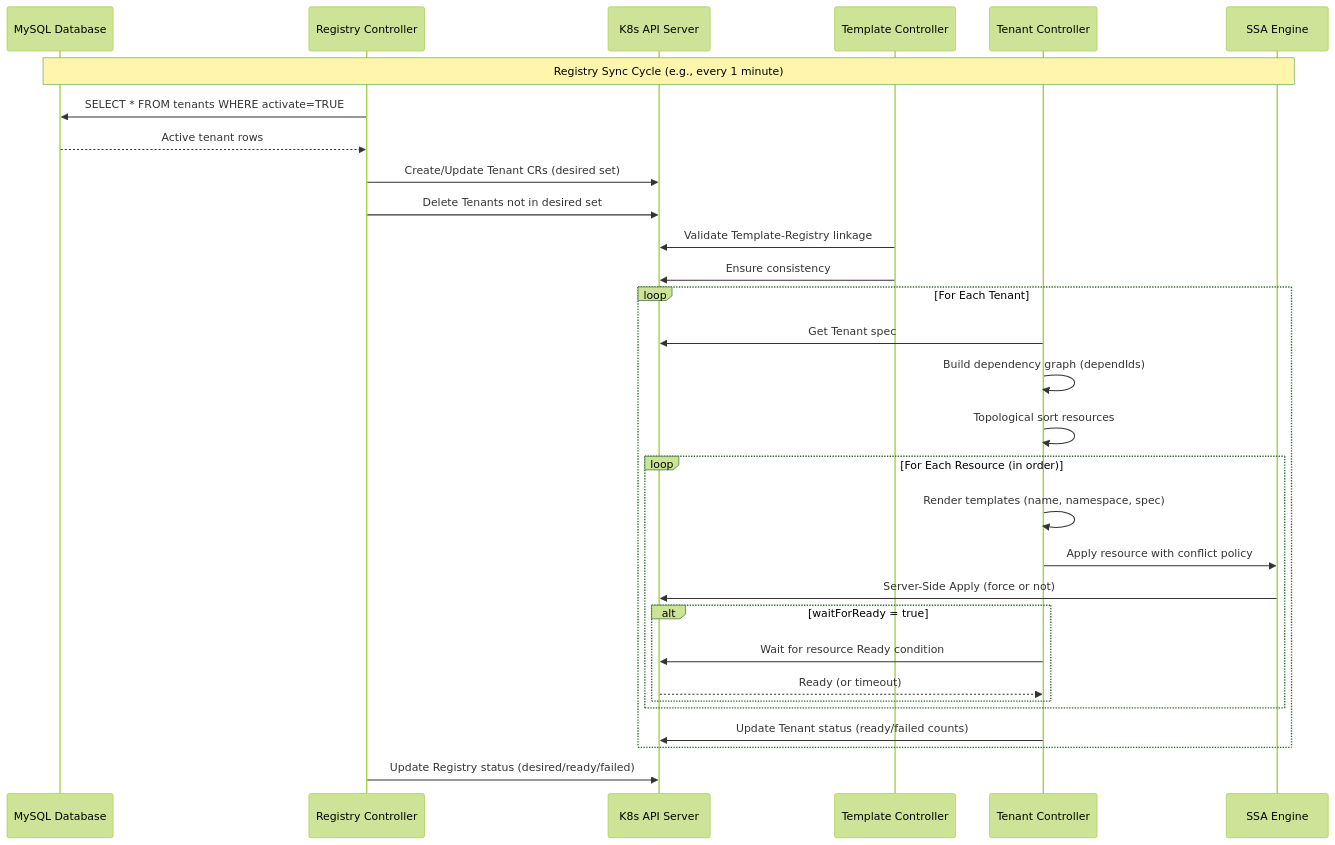
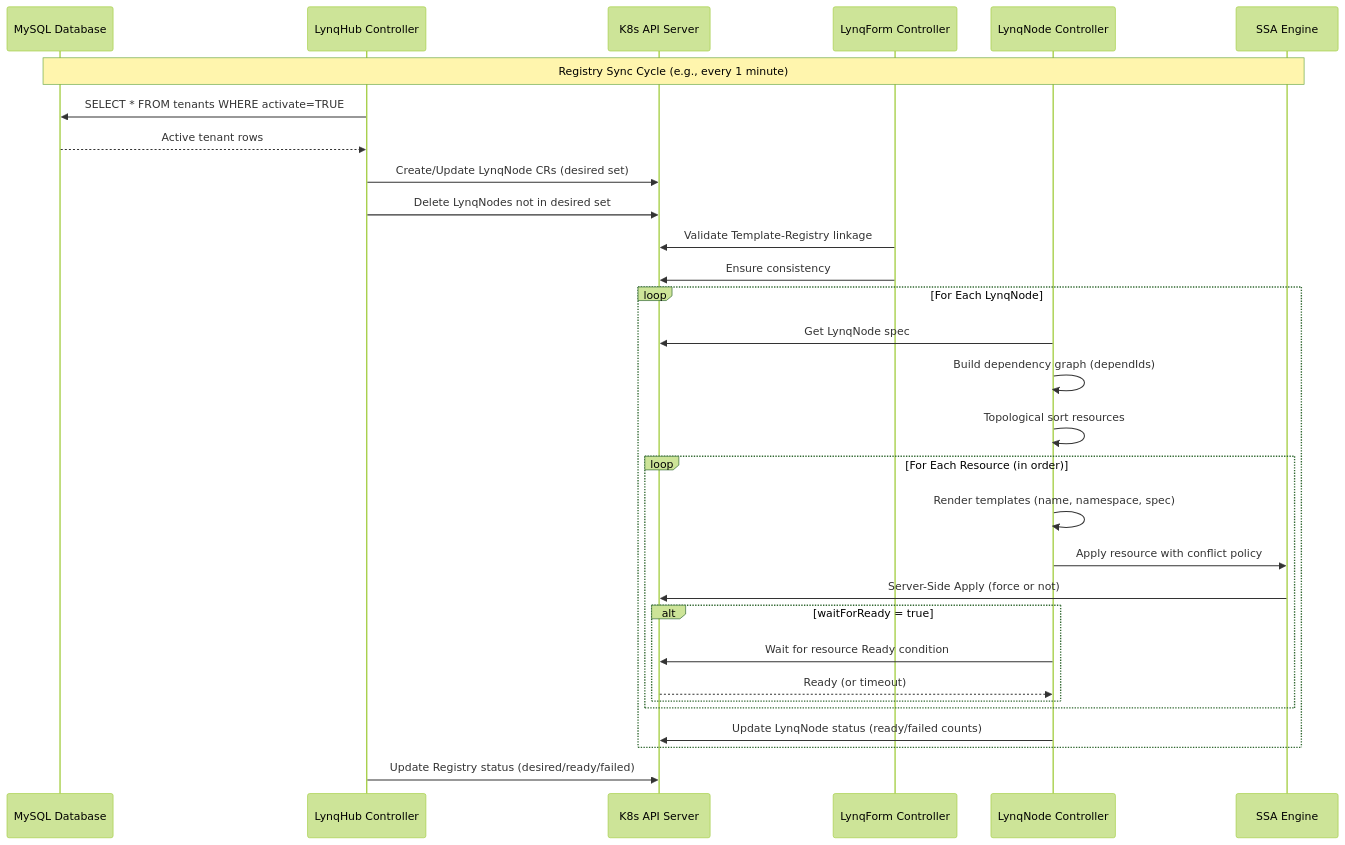
Before and after one commit to kubernetes-tenants/tenant-operator: the second of 2 diagrams in docs/architecture.md, drawn with Mermaid (forest theme). The commit also changed other lines of this file and 203 other files, not shown here.

First line of the commit message:
refactor: Complete rename from tenant-operator to lynq

````diff
--- a/docs/architecture.md
+++ b/docs/architecture.md
@@ -86,41 +86,41 @@
 ```mermaid
 sequenceDiagram
     participant DB as MySQL Database
-    participant RC as Registry Controller
+    participant RC as LynqHub Controller
     participant API as K8s API Server
-    participant TC as Template Controller
-    participant TNC as Tenant Controller
+    participant TC as LynqForm Controller
+    participant TNC as LynqNode Controller
     participant SSA as SSA Engine
 
     Note over DB,SSA: Registry Sync Cycle (e.g., every 1 minute)
 
     RC->>DB: SELECT * FROM tenants WHERE activate=TRUE
     DB-->>RC: Active tenant rows
 
-    RC->>API: Create/Update Tenant CRs (desired set)
-    RC->>API: Delete Tenants not in desired set
+    RC->>API: Create/Update LynqNode CRs (desired set)
+    RC->>API: Delete LynqNodes not in desired set
 
     TC->>API: Validate Template-Registry linkage
     TC->>API: Ensure consistency
 
-    loop For Each Tenant
-        TNC->>API: Get Tenant spec
+    loop For Each LynqNode
+        TNC->>API: Get LynqNode spec
         TNC->>TNC: Build dependency graph (dependIds)
         TNC->>TNC: Topological sort resources
 
         loop For Each Resource (in order)
             TNC->>TNC: Render templates (name, namespace, spec)
             TNC->>SSA: Apply resource with conflict policy
             SSA->>API: Server-Side Apply (force or not)
 
             alt waitForReady = true
                 TNC->>API: Wait for resource Ready condition
                 API-->>TNC: Ready (or timeout)
             end
         end
 
-        TNC->>API: Update Tenant status (ready/failed counts)
+        TNC->>API: Update LynqNode status (ready/failed counts)
     end
 
     RC->>API: Update Registry status (desired/ready/failed)
 ```
````
